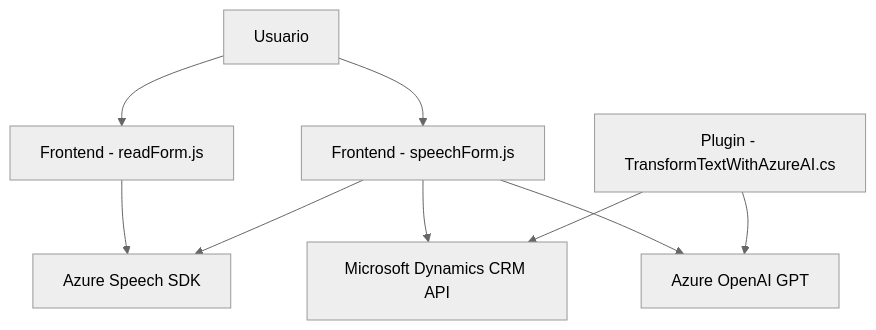
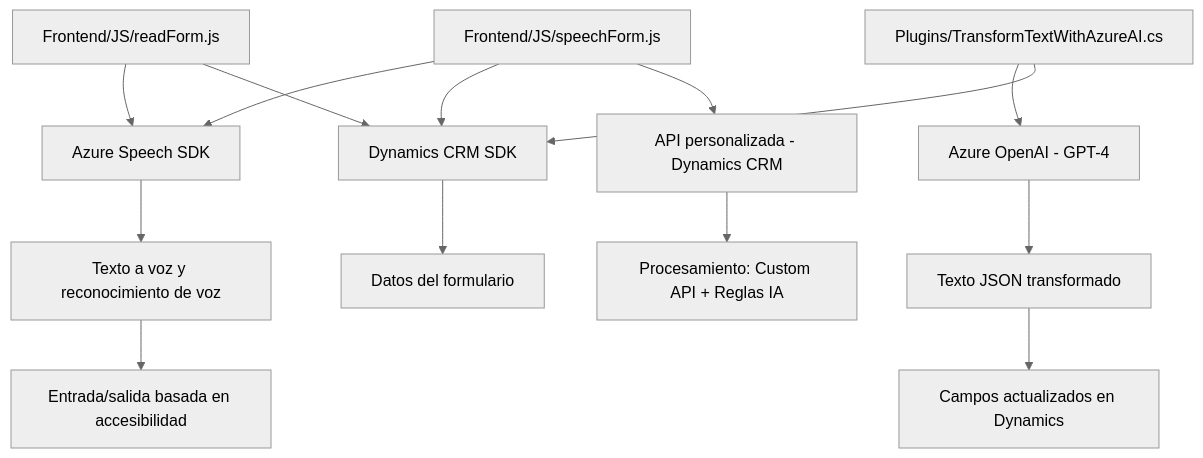
One commit to blopezdm/NETCORE_BILBAO2025 changed the diagram in README.md. Above: the diagram before and after it, drawn with Mermaid (neutral theme). The commit also changed other lines of this file, not shown here.

````diff
--- a/README.md
+++ b/README.md
@@ -53,19 +46,16 @@
 ```mermaid
 graph TD
-    A["Frontend - readForm.js"]
-    B["Frontend - speechForm.js"]
-    C["Plugin - TransformTextWithAzureAI.cs"]
-    D["Azure Speech SDK"]
-    E["Azure OpenAI GPT"]
-    F["Microsoft Dynamics CRM API"]
-    G["Usuario"]
-
-    G --> A
-    G --> B
-    A --> D
-    B --> D
-    B --> F
-    B --> E
-    C --> E
-    C --> F
+    A["Frontend/JS/readForm.js"] --> B["Azure Speech SDK"]
+    A --> C["Microsoft Dynamics CRM API"]
+    D["Frontend/JS/speechForm.js"] --> B
+    D --> C
+    D --> E["API personalizada - Dynamics CRM"]
+    F["Plugins/TransformTextWithAzureAI.cs"] --> G["Azure OpenAI - GPT-4"]
+    F --> C["Dynamics CRM SDK"]
+    C --> H["Datos del formulario"]
+    B --> I["Texto a voz y reconocimiento de voz"]
+    E --> J["Procesamiento: Custom API + Reglas IA"]
+    G --> K["Texto JSON transformado"]
+    I --> L["Entrada/salida basada en accesibilidad"]
+    K --> M["Campos actualizados en Dynamics"]
 ```
````
